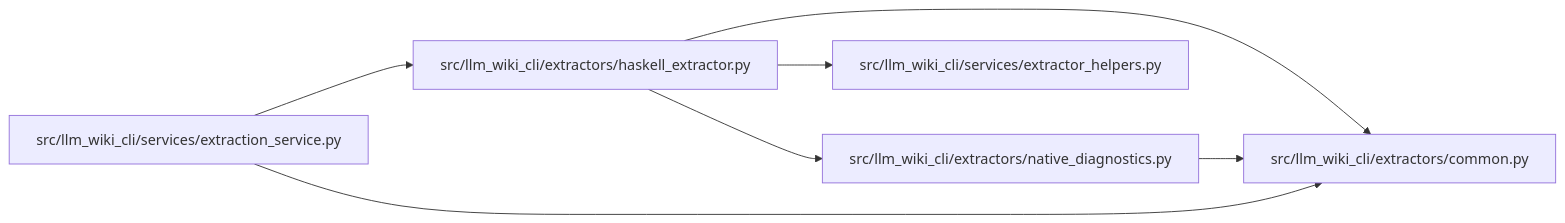
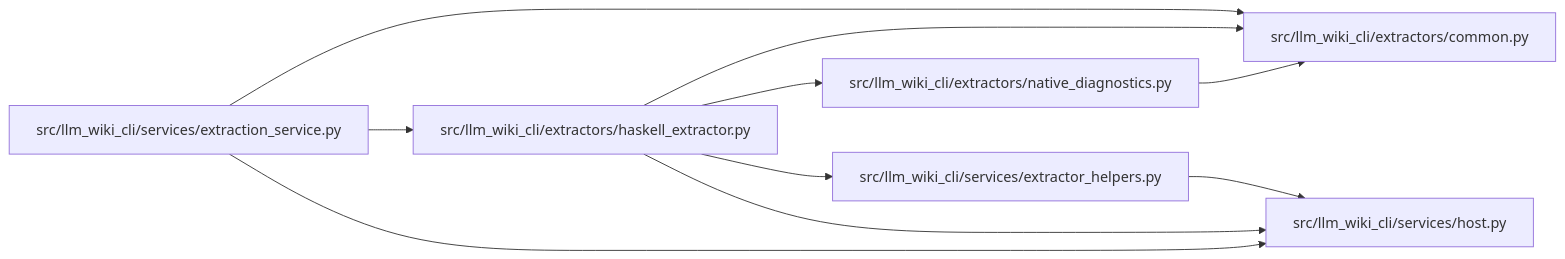
Before and after one commit to Denissvgn/python-wiki-llm: the diagram in docs/llm_wiki/modules/haskell_extractor.md, drawn with Mermaid. The commit also changed other lines of this file and 1555 other files, not shown here.

````diff
--- a/docs/llm_wiki/modules/haskell_extractor.md
+++ b/docs/llm_wiki/modules/haskell_extractor.md
@@ -28,19 +29,24 @@
 ```mermaid
 flowchart LR
     n0["src/llm_wiki_cli/extractors/common.py"]
     n1["src/llm_wiki_cli/extractors/haskell_extractor.py"]
     n2["src/llm_wiki_cli/extractors/native_diagnostics.py"]
     n3["src/llm_wiki_cli/services/extraction_service.py"]
     n4["src/llm_wiki_cli/services/extractor_helpers.py"]
+    n5["src/llm_wiki_cli/services/host.py"]
     n1 --> n0
     n1 --> n2
     n1 --> n4
+    n1 --> n5
     n2 --> n0
     n3 --> n0
     n3 --> n1
+    n3 --> n5
+    n4 --> n5
     click n0 "../modules/common.md"
     click n1 "../modules/haskell_extractor.md"
     click n2 "../modules/native_diagnostics.md"
     click n3 "../modules/extraction_service.md"
     click n4 "../modules/extractor_helpers.md"
+    click n5 "../modules/host.md"
 ```
````
